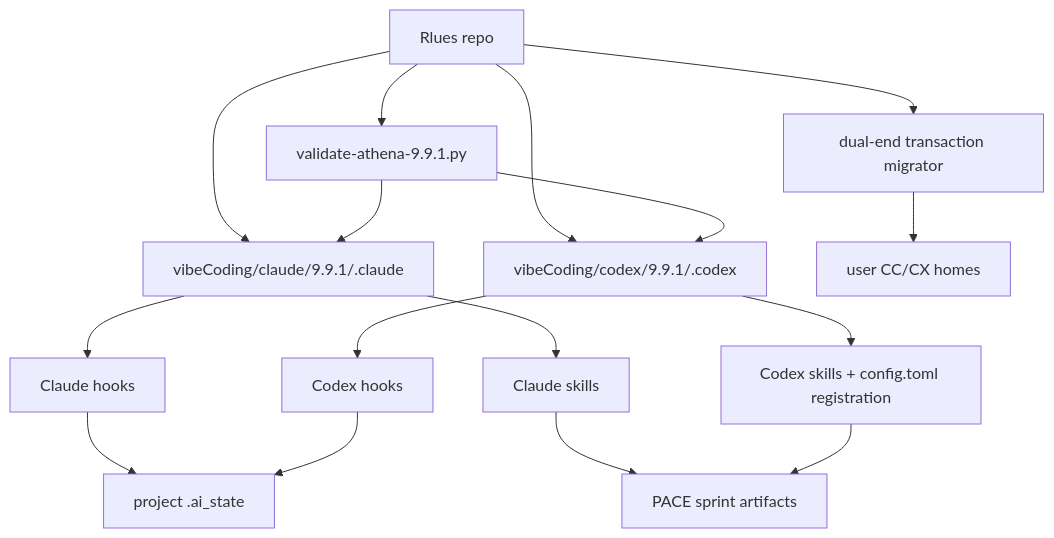
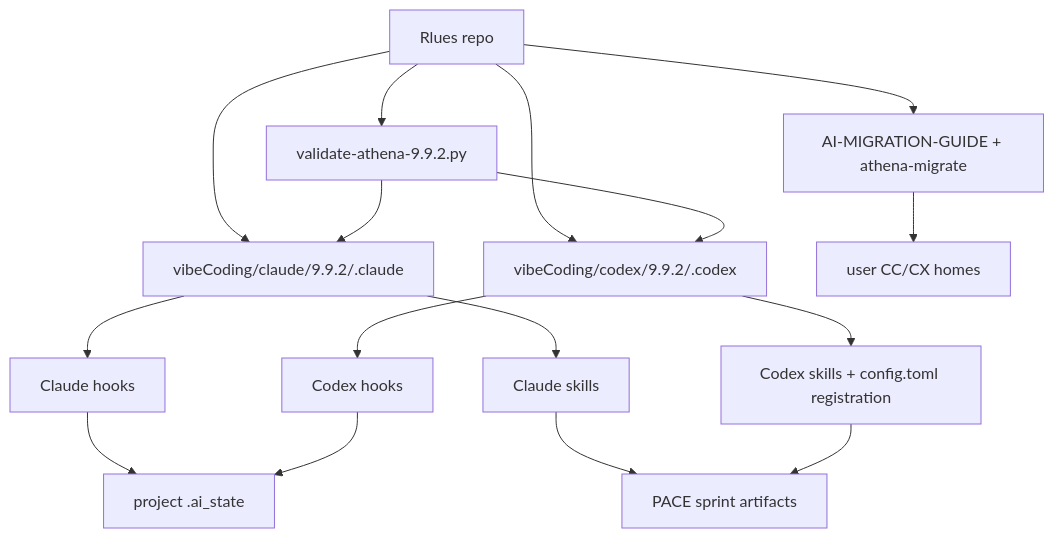
The first of 2 diagrams in .ai_state/architecture/ARCHITECTURE.md (WenJunDuan/Rlues), drawn with Mermaid before and after one commit. The commit also changed other lines of this file and 11 other files, not shown here.

````diff
--- a/.ai_state/architecture/ARCHITECTURE.md
+++ b/.ai_state/architecture/ARCHITECTURE.md
@@ -26,18 +26,18 @@
 ```mermaid
 graph TD
-    Repo["Rlues repo"] --> ClaudePkg["vibeCoding/claude/9.9.1/.claude"]
-    Repo --> CodexPkg["vibeCoding/codex/9.9.1/.codex"]
-    Repo --> Validator["validate-athena-9.9.1.py"]
-    Repo --> Migrator["dual-end transaction migrator"]
+    Repo["Rlues repo"] --> ClaudePkg["vibeCoding/claude/9.9.2/.claude"]
+    Repo --> CodexPkg["vibeCoding/codex/9.9.2/.codex"]
+    Repo --> Validator["validate-athena-9.9.2.py"]
+    Repo --> Migration["AI-MIGRATION-GUIDE + athena-migrate"]
     ClaudePkg --> CCHooks["Claude hooks"]
     CodexPkg --> CXHooks["Codex hooks"]
     ClaudePkg --> CCSkills["Claude skills"]
     CodexPkg --> CXSkills["Codex skills + config.toml registration"]
     CCHooks --> AIState["project .ai_state"]
     CXHooks --> AIState
     CCSkills --> Sprint["PACE sprint artifacts"]
     CXSkills --> Sprint
     Validator --> ClaudePkg
     Validator --> CodexPkg
-    Migrator --> UserHome["user CC/CX homes"]
+    Migration --> UserHome["user CC/CX homes"]
 ```
````
